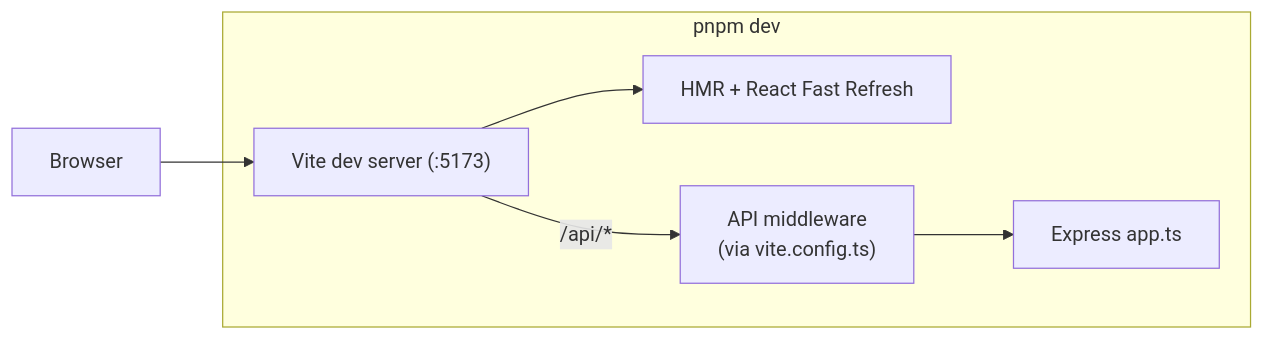
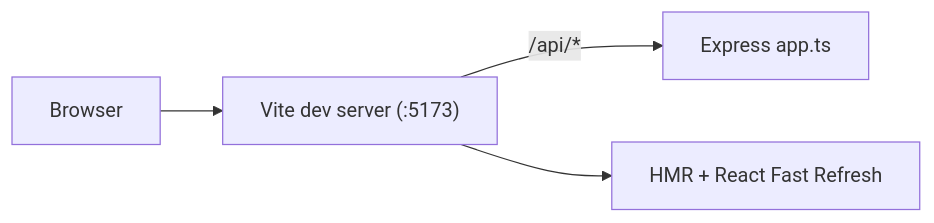
One commit to nyancol/Brick-Master-Tracker changed the second of 5 diagrams in README.md. Above: the diagram before and after it, drawn with Mermaid. The commit also changed other lines of this file and 75 other files, not shown here.

````diff
--- a/README.md
+++ b/README.md
@@ -49,11 +41,6 @@
 ```mermaid
 flowchart LR
-    subgraph Dev["pnpm dev"]
-        vite["Vite dev server (:5173)"]
-        hmr["HMR + React Fast Refresh"]
-        apiDev["API middleware\n(via vite.config.ts)"]
-        vite --> hmr
-        vite -->|"/api/*"| apiDev --> expressDev["Express app.ts"]
-    end
-    browser["Browser"] --> vite
+    browser["Browser"] --> vite["Vite dev server (:5173)"]
+    vite -->|"/api/*"| api["Express app.ts"]
+    vite --> hmr["HMR + React Fast Refresh"]
 ```
````
